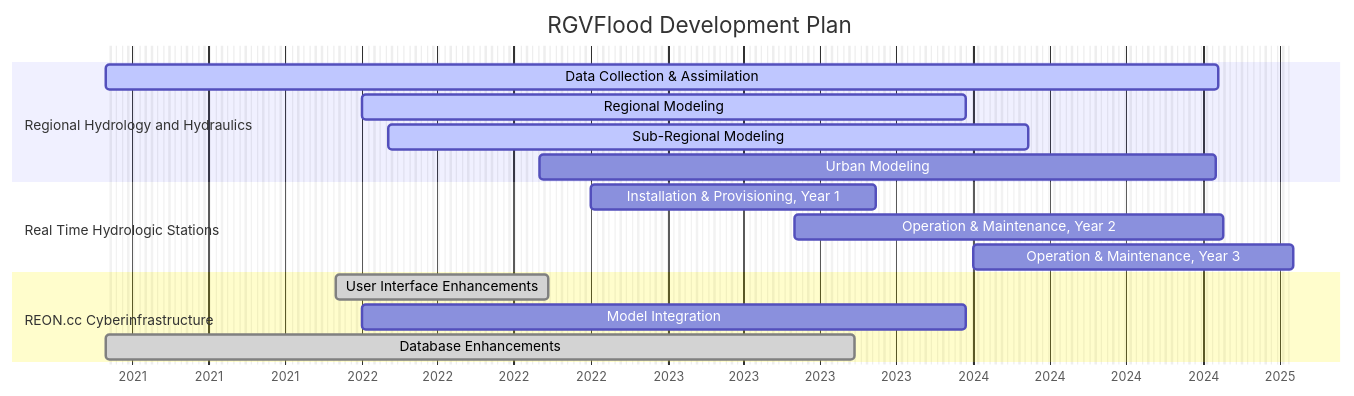
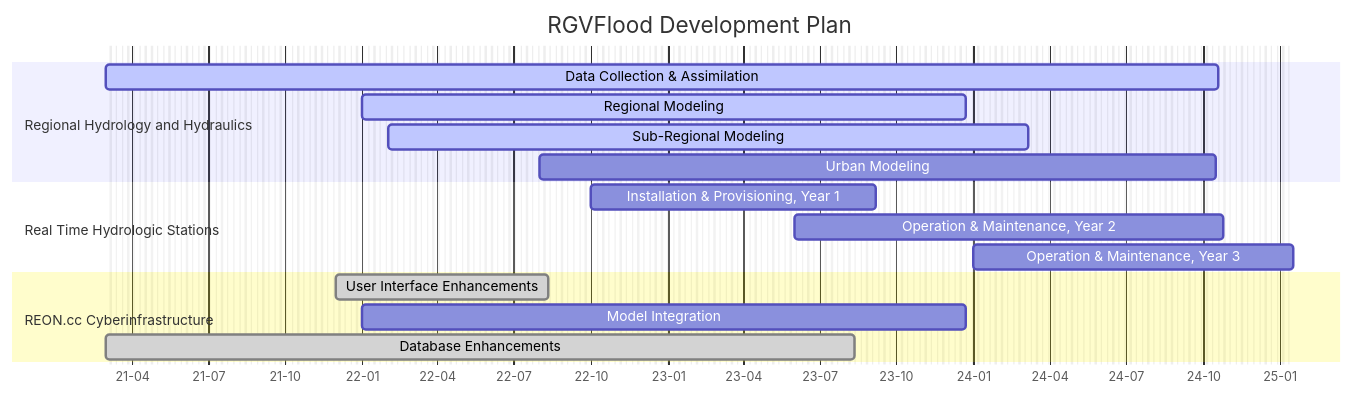
One commit to RATESResearch/GeoNode changed the diagram in src/development/rgvflood.mmd. Above: the diagram before and after it, drawn with Mermaid. The commit also changed 1 other file, not shown here.

```diff
--- a/src/development/rgvflood.mmd
+++ b/src/development/rgvflood.mmd
@@ -1,19 +1,19 @@
 gantt
 dateFormat  YYYY-MM
-axisFormat %Y
+axisFormat %y-%m
 title RGVFlood Development Plan
 excludes weekends
 
 section Regional Hydrology and Hydraulics
 Data Collection & Assimilation  :active, dca, 2021-03, 950d
 Regional Modeling               :active, rm, 2022-01, 2023-06
 Sub-Regional Modeling           :active, srm, 2022-02, 2023-08
 Urban Modeling                  :um, 2022-08, 2024-03
 section Real Time Hydrologic Stations
 Installation & Provisioning, Year 1 :rthsy1, 2022-10, 2023-06
 Operation & Maintenance, Year 2 :rthsy2, 2023-06, 2024-06
 Operation & Maintenance, Year 3 :rthsy3, 2024-01, 2024-10
 section REON.cc Cyberinfrastructure
 User Interface Enhancements :done, uie, 2021-12, 2022-06
 Model Integration : me, 2022-01, 2023-06
 Database Enhancements :done,  de, 2021-03, 2022-12
```
